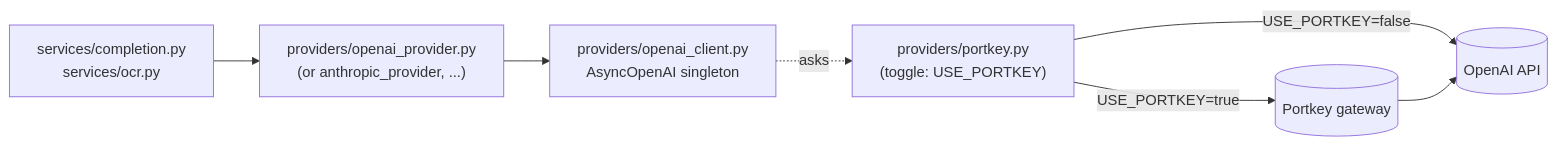
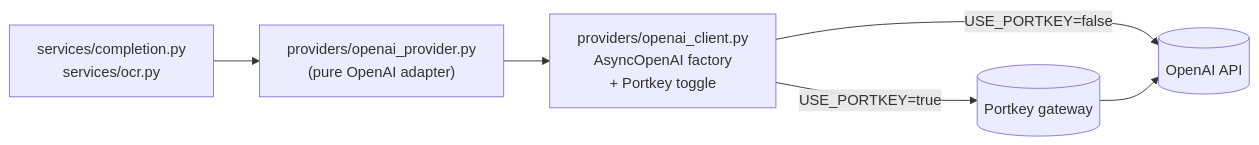
Before and after one commit to santoshshinde2012/inkwell: the diagram in docs/explanation/model-providers.md, drawn with Mermaid. The commit also changed other lines of this file and 20 other files, not shown here.

````diff
--- a/docs/explanation/model-providers.md
+++ b/docs/explanation/model-providers.md
@@ -182,16 +204,14 @@
 ```mermaid
 flowchart LR
     Service["services/completion.py<br/>services/ocr.py"]
-    Provider["providers/openai_provider.py<br/>(or anthropic_provider, ...)"]
-    Client["providers/openai_client.py<br/>AsyncOpenAI singleton"]
-    Portkey["providers/portkey.py<br/>(toggle: USE_PORTKEY)"]
+    Provider["providers/openai_provider.py<br/>(pure OpenAI adapter)"]
+    Client["providers/openai_client.py<br/>AsyncOpenAI factory<br/>+ Portkey toggle"]
     OpenAI[("OpenAI API")]
     Gateway[("Portkey gateway")]
 
     Service --> Provider
     Provider --> Client
-    Client -. asks .-> Portkey
-    Portkey -- USE_PORTKEY=false --> OpenAI
-    Portkey -- USE_PORTKEY=true --> Gateway
+    Client -- USE_PORTKEY=false --> OpenAI
+    Client -- USE_PORTKEY=true --> Gateway
     Gateway --> OpenAI
 ```
````
